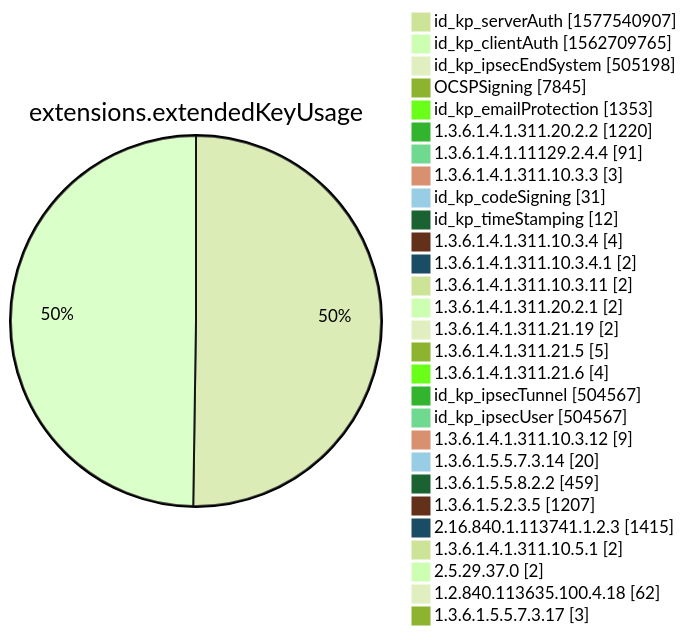
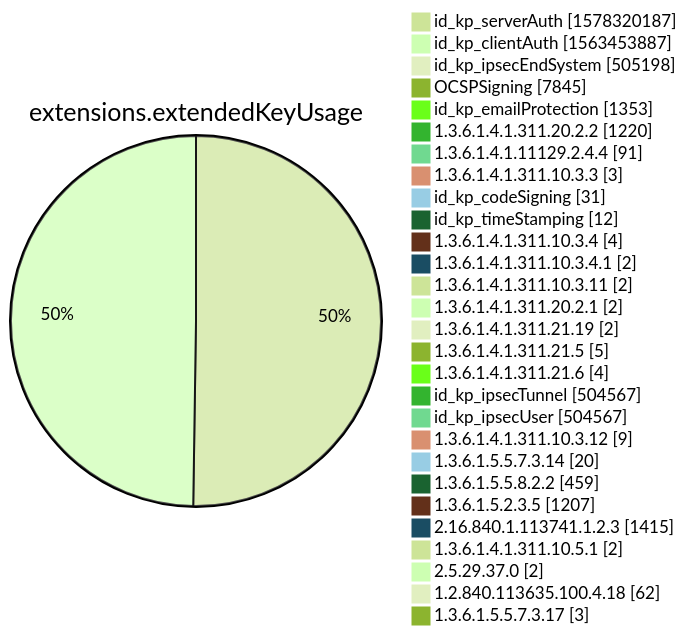
Diagram 12 of 15 in xenon2022/README.md (christiankrug/ctmonitor_visualization), drawn with Mermaid (forest theme) before and after one commit. The commit also changed other lines of this file, not shown here.

````diff
--- a/xenon2022/README.md
+++ b/xenon2022/README.md
@@ -3884,32 +3884,32 @@
 ```mermaid
 pie showData
 title extensions.extendedKeyUsage
-"id_kp_serverAuth" :1577540907
-"id_kp_clientAuth" :1562709765
+"id_kp_serverAuth" :1578320187
+"id_kp_clientAuth" :1563453887
 "id_kp_ipsecEndSystem" :505198
 "OCSPSigning" :7845
 "id_kp_emailProtection" :1353
 "1.3.6.1.4.1.311.20.2.2" :1220
 "1.3.6.1.4.1.11129.2.4.4" :91
 "1.3.6.1.4.1.311.10.3.3" :3
 "id_kp_codeSigning" :31
 "id_kp_timeStamping" :12
 "1.3.6.1.4.1.311.10.3.4" :4
 "1.3.6.1.4.1.311.10.3.4.1" :2
 "1.3.6.1.4.1.311.10.3.11" :2
 "1.3.6.1.4.1.311.20.2.1" :2
 "1.3.6.1.4.1.311.21.19" :2
 "1.3.6.1.4.1.311.21.5" :5
 "1.3.6.1.4.1.311.21.6" :4
 "id_kp_ipsecTunnel" :504567
 "id_kp_ipsecUser" :504567
 "1.3.6.1.4.1.311.10.3.12" :9
 "1.3.6.1.5.5.7.3.14" :20
 "1.3.6.1.5.5.8.2.2" :459
 "1.3.6.1.5.2.3.5" :1207
 "2.16.840.1.113741.1.2.3" :1415
 "1.3.6.1.4.1.311.10.5.1" :2
 "2.5.29.37.0" :2
 "1.2.840.113635.100.4.18" :62
 "1.3.6.1.5.5.7.3.17" :3
 ```
````
